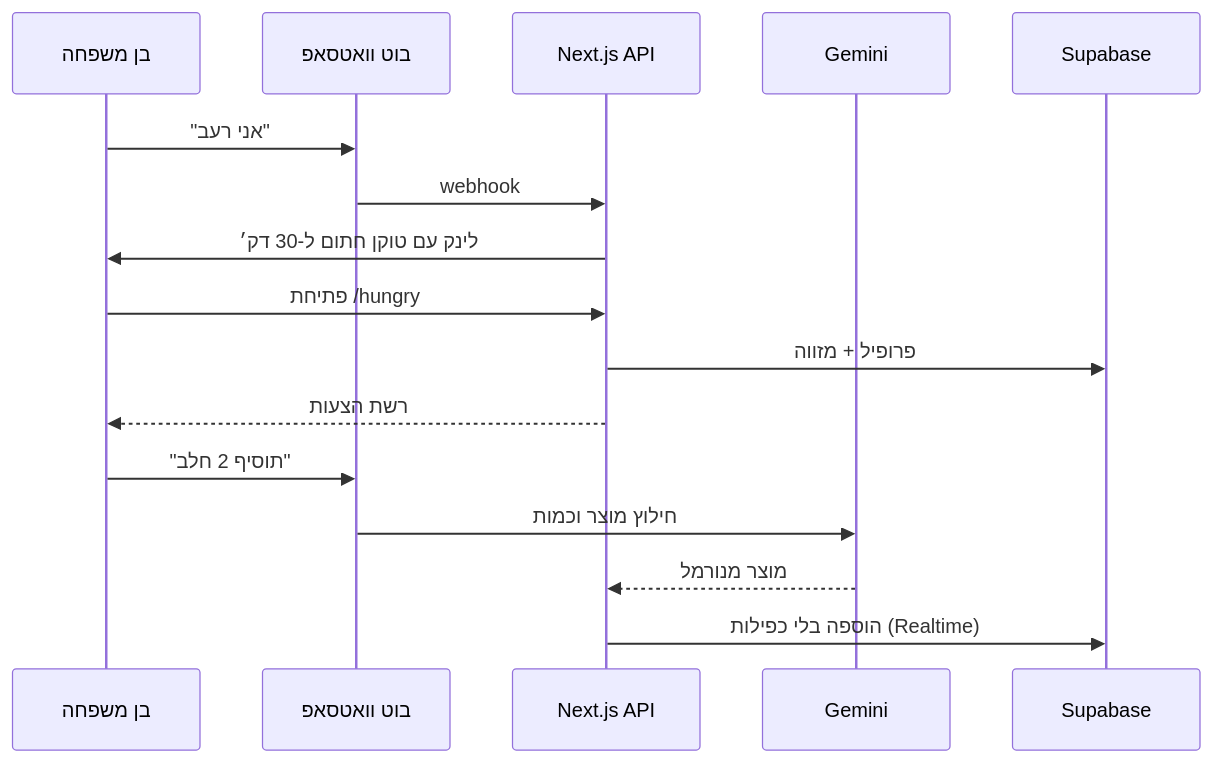
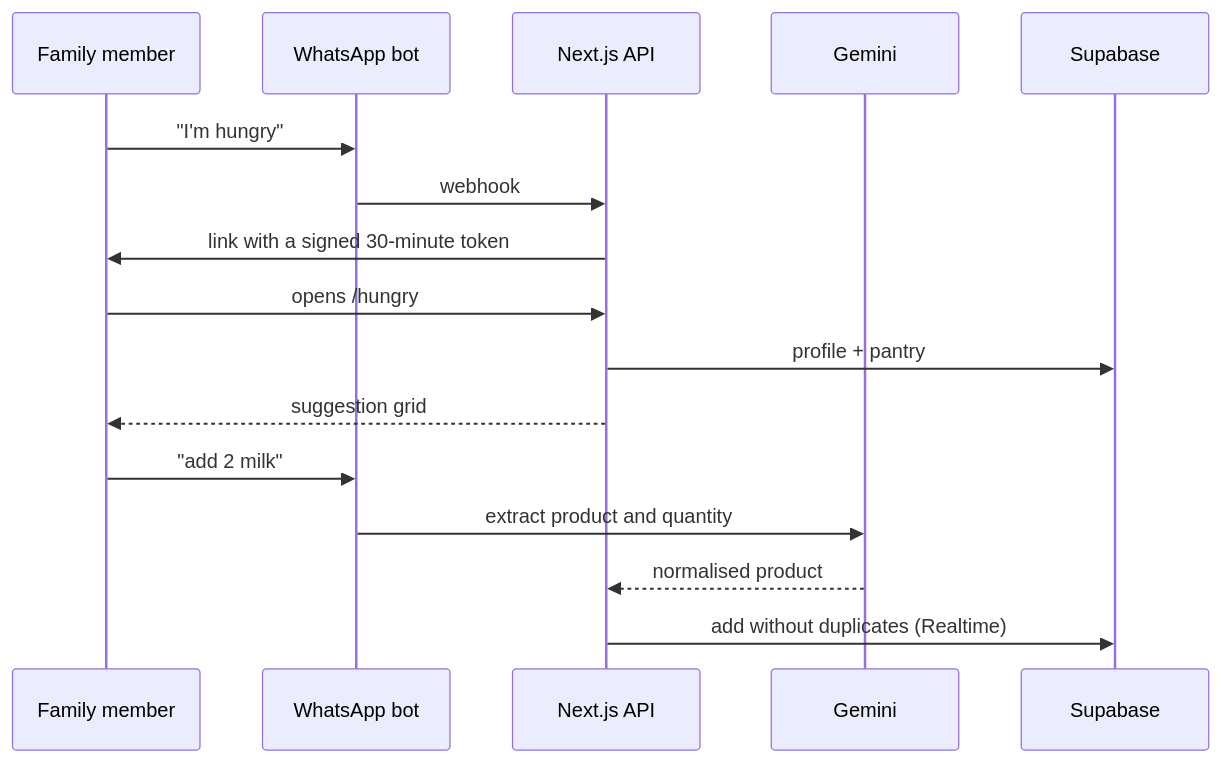
One commit to danidliod/ai-projects-portfolio changed the second of 2 diagrams in projects/06-imhungry.md. Above: the diagram before and after it, drawn with Mermaid. The commit also changed other lines of this file and 10 other files, not shown here.

````diff
--- a/projects/06-imhungry.md
+++ b/projects/06-imhungry.md
@@ -58,18 +58,18 @@
 ```mermaid
 sequenceDiagram
-  participant U as בן משפחה
-  participant WA as בוט וואטסאפ
+  participant U as Family member
+  participant WA as WhatsApp bot
   participant API as Next.js API
   participant AI as Gemini
   participant DB as Supabase
-  U->>WA: "אני רעב"
+  U->>WA: "I'm hungry"
   WA->>API: webhook
-  API->>U: לינק עם טוקן חתום ל-30 דק׳
-  U->>API: פתיחת /hungry
-  API->>DB: פרופיל + מזווה
-  API-->>U: רשת הצעות
-  U->>WA: "תוסיף 2 חלב"
-  WA->>AI: חילוץ מוצר וכמות
-  AI-->>API: מוצר מנורמל
-  API->>DB: הוספה בלי כפילות (Realtime)
+  API->>U: link with a signed 30-minute token
+  U->>API: opens /hungry
+  API->>DB: profile + pantry
+  API-->>U: suggestion grid
+  U->>WA: "add 2 milk"
+  WA->>AI: extract product and quantity
+  AI-->>API: normalised product
+  API->>DB: add without duplicates (Realtime)
 ```
````
